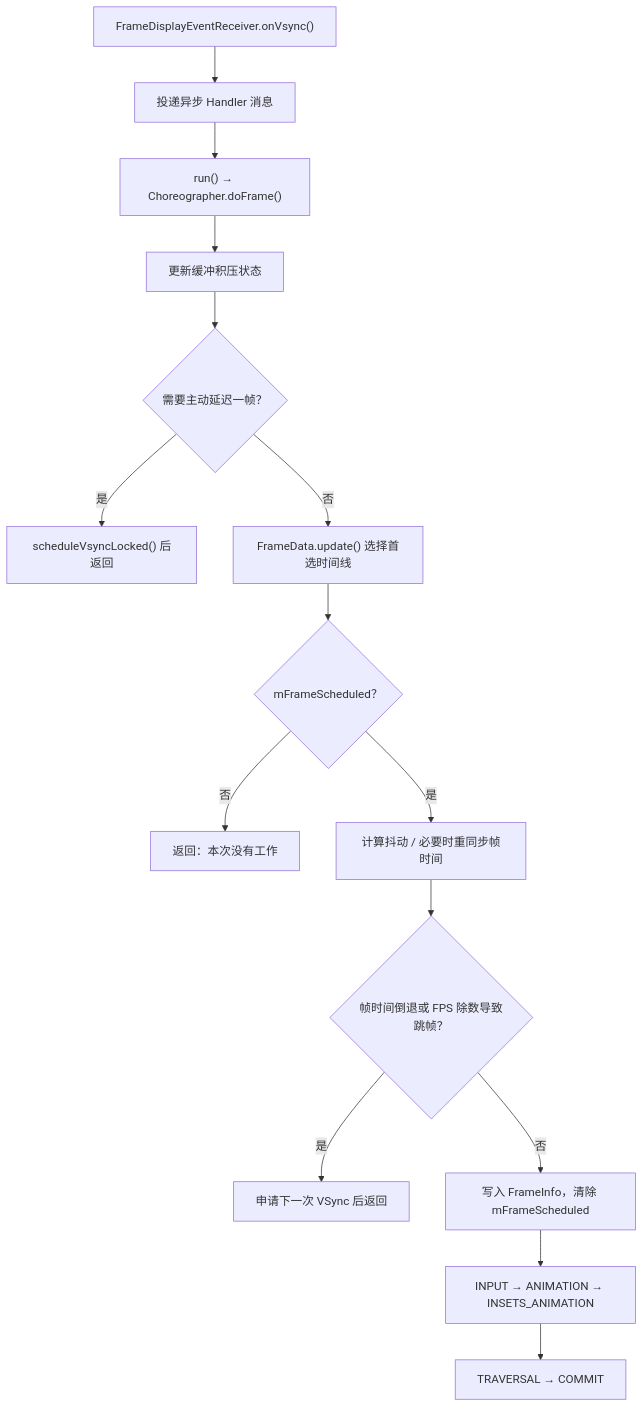
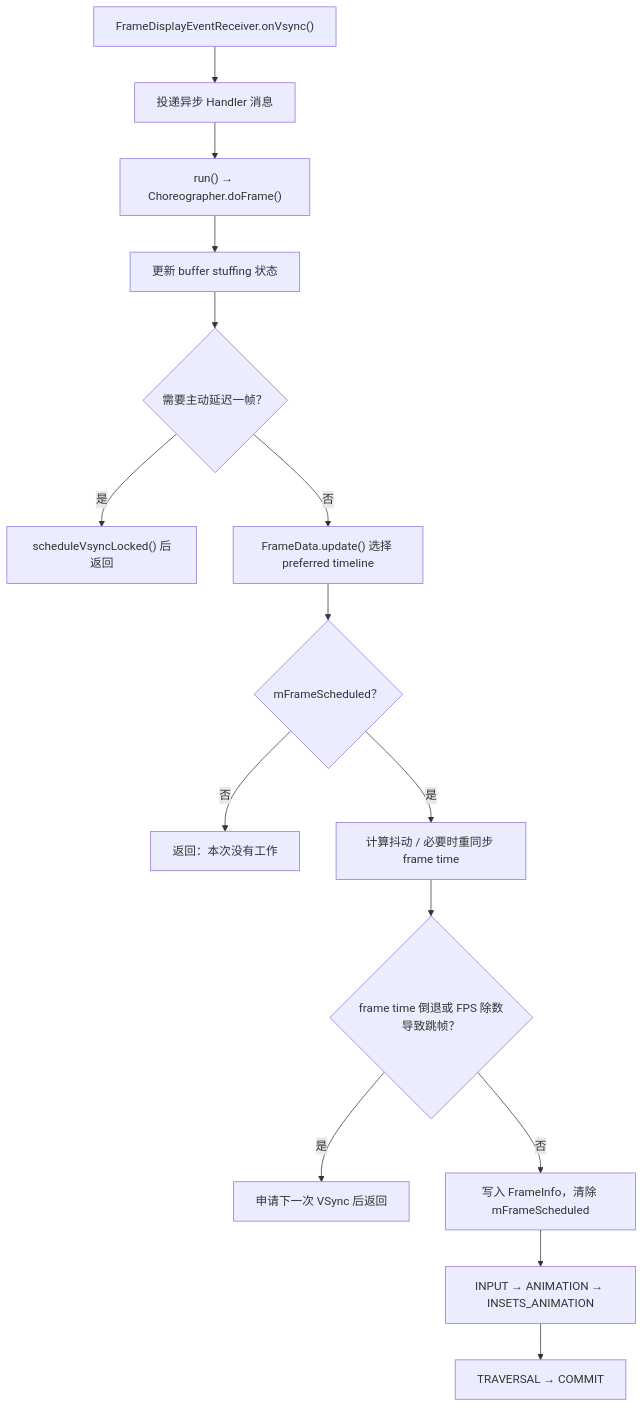
Before and after one commit to Gracker/android-internals-wiki: the diagram in src/part1-fundamentals/ch02-rendering/04-choreographer.md, drawn with Mermaid. The commit also changed other lines of this file and 4 other files, not shown here.

````diff
--- a/src/part1-fundamentals/ch02-rendering/04-choreographer.md
+++ b/src/part1-fundamentals/ch02-rendering/04-choreographer.md
@@ -335,17 +335,17 @@
 ```mermaid
 flowchart TD
     A["FrameDisplayEventReceiver.onVsync()"] --> B["投递异步 Handler 消息"]
     B --> C["run() → Choreographer.doFrame()"]
-    C --> D["更新缓冲积压状态"]
+    C --> D["更新 buffer stuffing 状态"]
     D --> E{"需要主动延迟一帧？"}
     E -- "是" --> F["scheduleVsyncLocked() 后返回"]
-    E -- "否" --> G["FrameData.update() 选择首选时间线"]
+    E -- "否" --> G["FrameData.update() 选择 preferred timeline"]
     G --> H{"mFrameScheduled？"}
     H -- "否" --> I["返回：本次没有工作"]
-    H -- "是" --> J["计算抖动 / 必要时重同步帧时间"]
-    J --> K{"帧时间倒退或 FPS 除数导致跳帧？"}
+    H -- "是" --> J["计算抖动 / 必要时重同步 frame time"]
+    J --> K{"frame time 倒退或 FPS 除数导致跳帧？"}
     K -- "是" --> L["申请下一次 VSync 后返回"]
     K -- "否" --> M["写入 FrameInfo，清除 mFrameScheduled"]
     M --> N["INPUT → ANIMATION → INSETS_ANIMATION"]
     N --> O["TRAVERSAL → COMMIT"]
 ```
````
